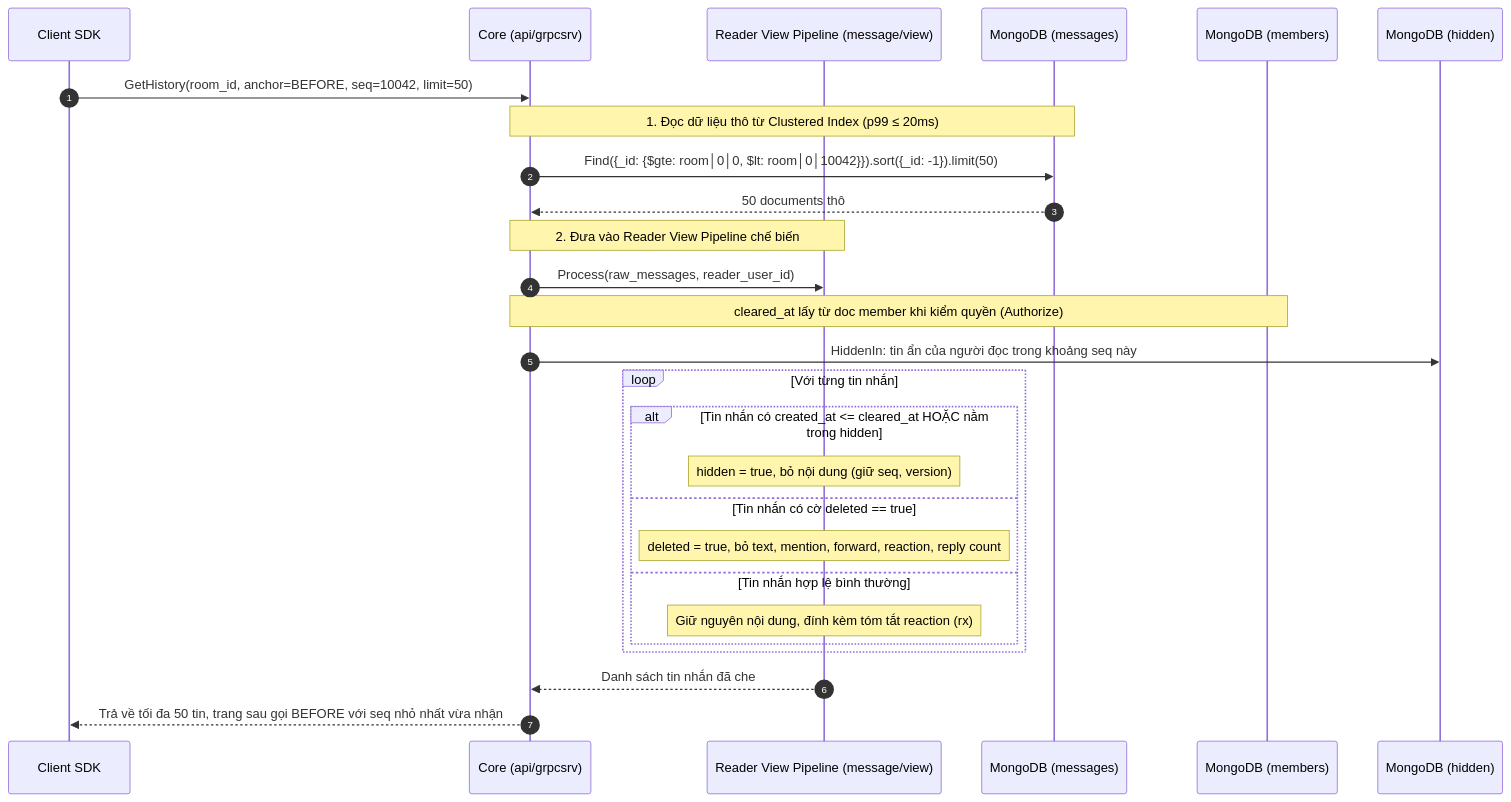
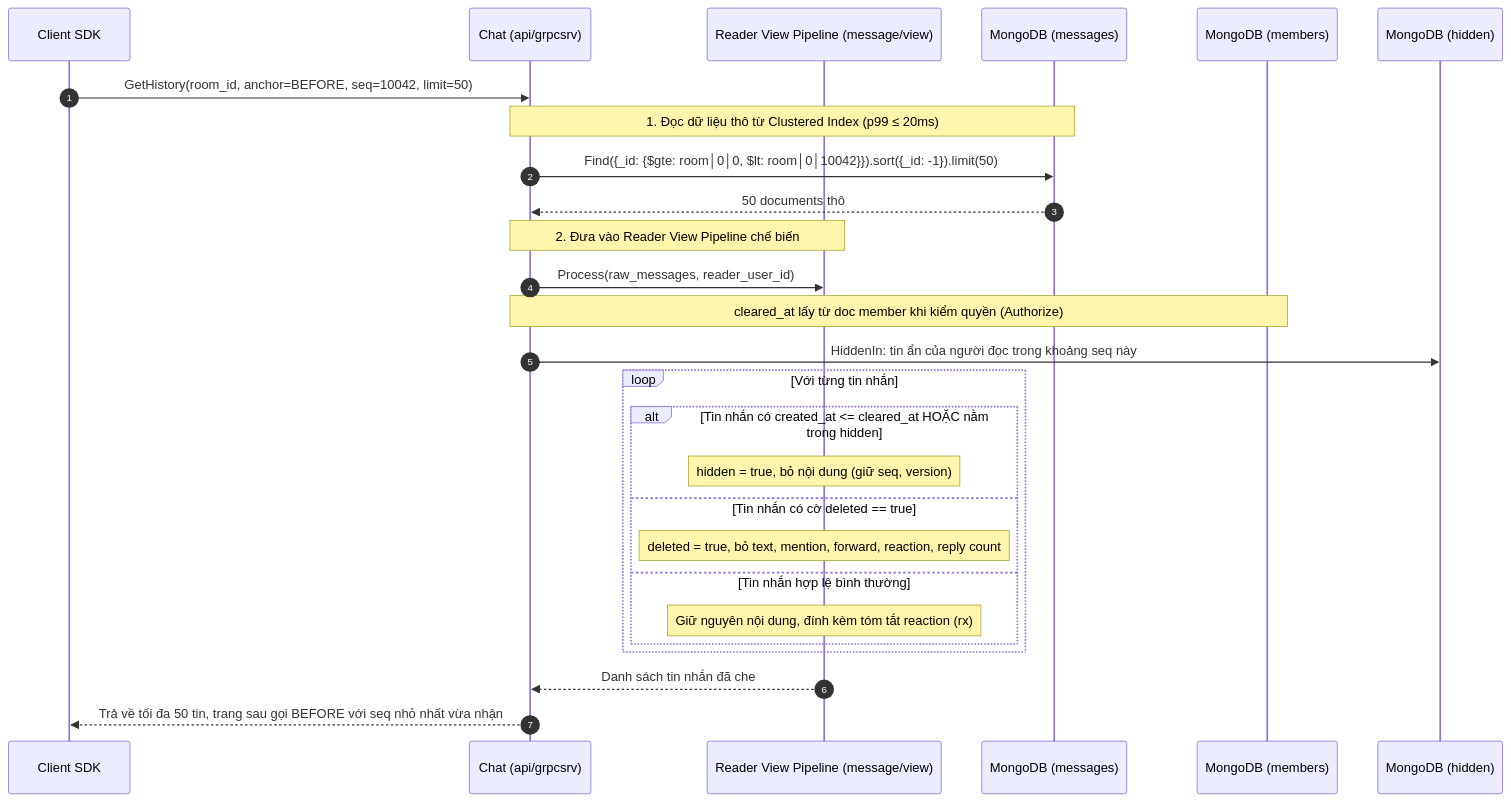
Before and after one commit to ivannguyendev/chatim: the second of 3 diagrams in docs/modules/08-feature-history-retrieval-and-sync.md, drawn with Mermaid. The commit also changed other lines of this file and 332 other files, not shown here.

````diff
--- a/docs/modules/08-feature-history-retrieval-and-sync.md
+++ b/docs/modules/08-feature-history-retrieval-and-sync.md
@@ -44,35 +44,35 @@
 ```mermaid
 sequenceDiagram
     autonumber
     participant Client as Client SDK
-    participant Core as Core (api/grpcsrv)
+    participant Chat as Chat (api/grpcsrv)
     participant View as Reader View Pipeline (message/view)
     participant Msgs as MongoDB (messages)
     participant Members as MongoDB (members)
     participant Hidden as MongoDB (hidden)
 
-    Client->>Core: GetHistory(room_id, anchor=BEFORE, seq=10042, limit=50)
+    Client->>Chat: GetHistory(room_id, anchor=BEFORE, seq=10042, limit=50)
 
-    Note over Core,Msgs: 1. Đọc dữ liệu thô từ Clustered Index (p99 ≤ 20ms)
-    Core->>Msgs: Find({_id: {$gte: room│0│0, $lt: room│0│10042}}).sort({_id: -1}).limit(50)
-    Msgs-->>Core: 50 documents thô
+    Note over Chat,Msgs: 1. Đọc dữ liệu thô từ Clustered Index (p99 ≤ 20ms)
+    Chat->>Msgs: Find({_id: {$gte: room│0│0, $lt: room│0│10042}}).sort({_id: -1}).limit(50)
+    Msgs-->>Chat: 50 documents thô
 
-    Note over Core,View: 2. Đưa vào Reader View Pipeline chế biến
-    Core->>View: Process(raw_messages, reader_user_id)
+    Note over Chat,View: 2. Đưa vào Reader View Pipeline chế biến
+    Chat->>View: Process(raw_messages, reader_user_id)
 
-    Note over Core,Members: cleared_at lấy từ doc member khi kiểm quyền (Authorize)
-    Core->>Hidden: HiddenIn: tin ẩn của người đọc trong khoảng seq này
+    Note over Chat,Members: cleared_at lấy từ doc member khi kiểm quyền (Authorize)
+    Chat->>Hidden: HiddenIn: tin ẩn của người đọc trong khoảng seq này
 
     loop Với từng tin nhắn
         alt Tin nhắn có created_at <= cleared_at HOẶC nằm trong hidden
             Note over View: hidden = true, bỏ nội dung (giữ seq, version)
         else Tin nhắn có cờ deleted == true
             Note over View: deleted = true, bỏ text, mention, forward, reaction, reply count
         else Tin nhắn hợp lệ bình thường
             Note over View: Giữ nguyên nội dung, đính kèm tóm tắt reaction (rx)
         end
     end
 
-    View-->>Core: Danh sách tin nhắn đã che
-    Core-->>Client: Trả về tối đa 50 tin, trang sau gọi BEFORE với seq nhỏ nhất vừa nhận
+    View-->>Chat: Danh sách tin nhắn đã che
+    Chat-->>Client: Trả về tối đa 50 tin, trang sau gọi BEFORE với seq nhỏ nhất vừa nhận
 ```
````
